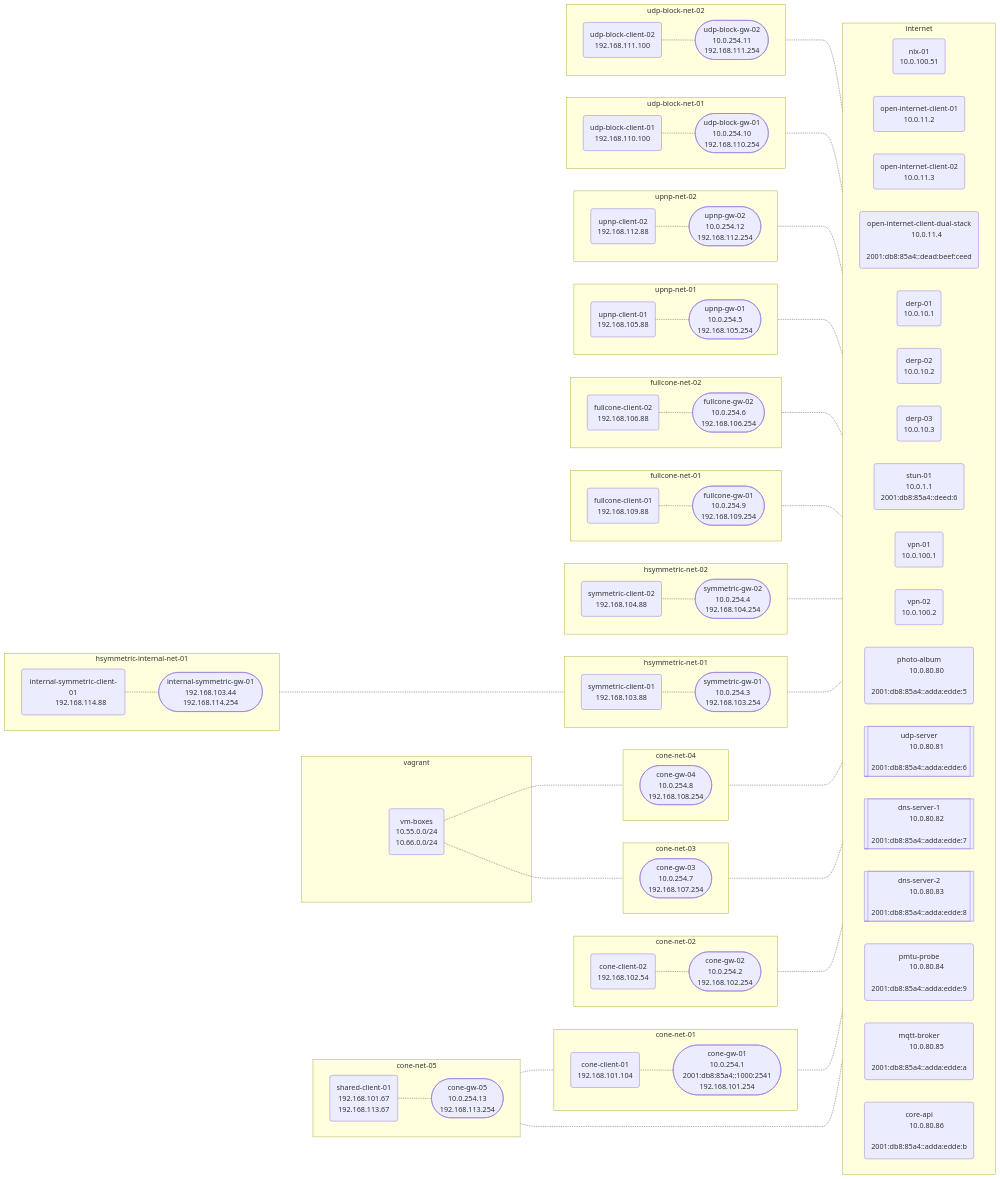
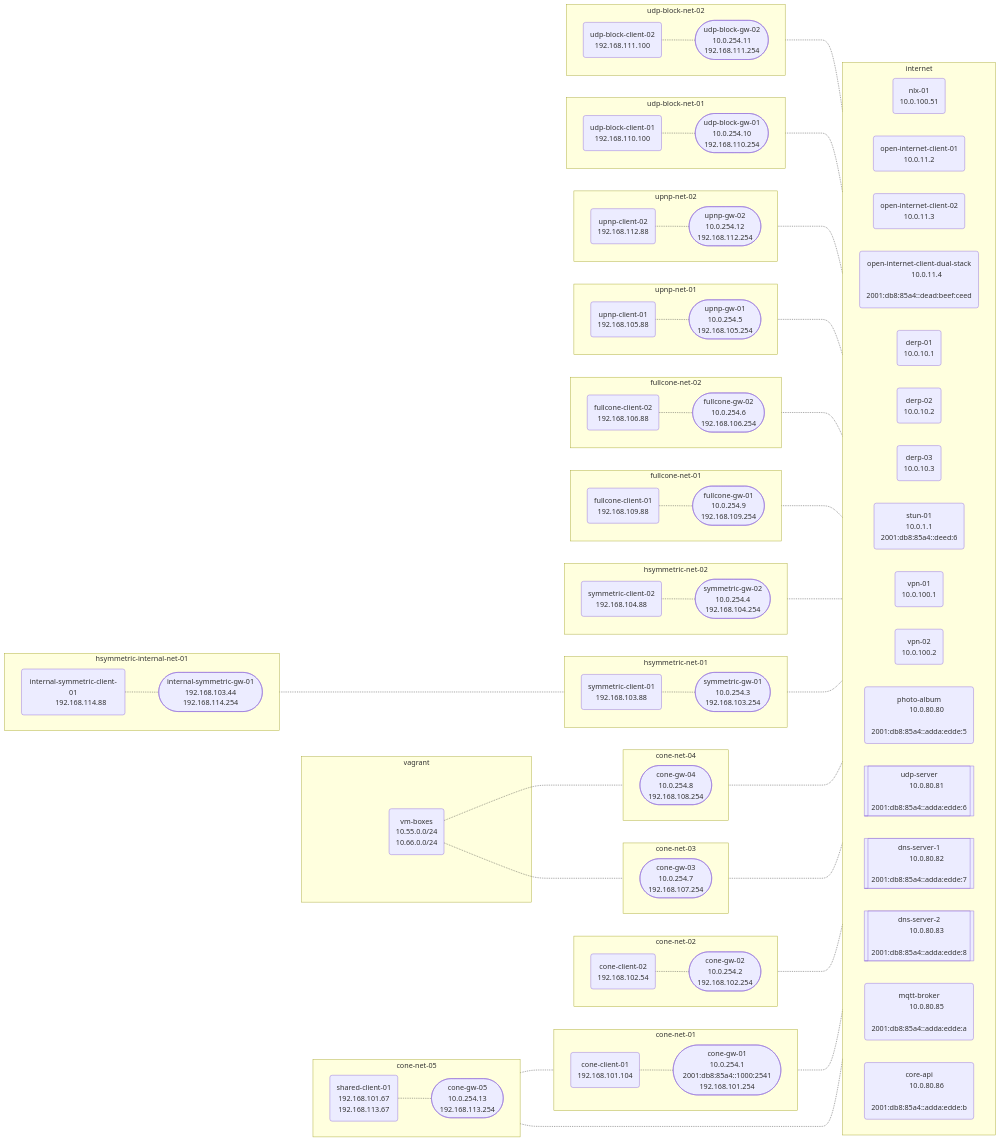
Before and after one commit to NordSecurity/libtelio: the diagram in nat-lab/network.md, drawn with Mermaid. The commit also changed 24 other files, not shown here.

```diff
--- a/nat-lab/network.md
+++ b/nat-lab/network.md
@@ -40,9 +40,6 @@
     dns-server-2[["dns-server-2
         10.0.80.83
         2001:db8:85a4::adda:edde:8"]]
-    pmtu-probe("pmtu-probe
-        10.0.80.84
-        2001:db8:85a4::adda:edde:9")
     mqtt-broker("mqtt-broker
         10.0.80.85
         2001:db8:85a4::adda:edde:a")
```
